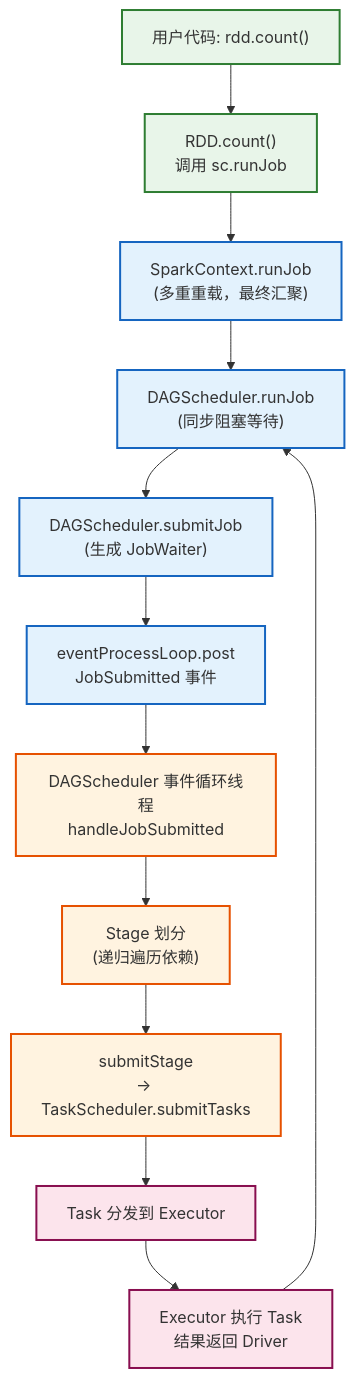
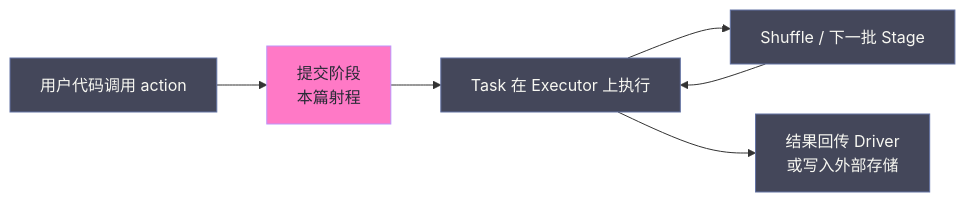
The first of 4 diagrams in content/大数据/Spark/Spark-调度系统与执行模型深度解析/01 任务提交全链路：从用户代码到 RDD 动作的触发细节.md (hpliStartAgain/my-brain), drawn with Mermaid before and after one commit. The commit also changed other lines of this file and 259 other files, not shown here.

````diff
--- a/content/大数据/Spark/Spark-调度系统与执行模型深度解析/01 任务提交全链路：从用户代码到 RDD 动作的触发细节.md
+++ b/content/大数据/Spark/Spark-调度系统与执行模型深度解析/01 任务提交全链路：从用户代码到 RDD 动作的触发细节.md
@@ -37,23 +22,13 @@
 ```mermaid
-graph TD
-    A["用户代码: rdd.count()"] --> B["RDD.count()</br>调用 sc.runJob"]
-    B --> C["SparkContext.runJob</br>(多重重载，最终汇聚)"]
-    C --> D["DAGScheduler.runJob</br>(同步阻塞等待)"]
-    D --> E["DAGScheduler.submitJob</br>(生成 JobWaiter)"]
-    E --> F["eventProcessLoop.post</br>JobSubmitted 事件"]
-    F --> G["DAGScheduler 事件循环线程</br>handleJobSubmitted"]
-    G --> H["Stage 划分</br>(递归遍历依赖)"]
-    H --> I["submitStage</br>→ TaskScheduler.submitTasks"]
-    I --> J["Task 分发到 Executor"]
-    J --> K["Executor 执行 Task</br>结果返回 Driver"]
-    K --> D
-
-    classDef user fill:#e8f5e9,stroke:#2e7d32,stroke-width:2px;
-    classDef sc fill:#e3f2fd,stroke:#1565c0,stroke-width:2px;
-    classDef dag fill:#fff3e0,stroke:#e65100,stroke-width:2px;
-    classDef exec fill:#fce4ec,stroke:#880e4f,stroke-width:2px;
-    class A,B user;
-    class C,D,E,F sc;
-    class G,H,I dag;
-    class J,K exec;
+%%{init: {'theme': 'dracula'}}%%
+flowchart LR
+    A["用户代码调用 action"] --> B["提交阶段<br/>本篇射程"]
+    B --> C["Task 在 Executor 上执行"]
+    C --> D["Shuffle / 下一批 Stage"]
+    D --> C
+    C --> E["结果回传 Driver<br/>或写入外部存储"]
+    classDef scope fill:#ff79c6,stroke:#bd93f9,color:#282a36
+    classDef normal fill:#44475a,stroke:#6272a4,color:#f8f8f2
+    class B scope
+    class A,C,D,E normal
 ```
````
